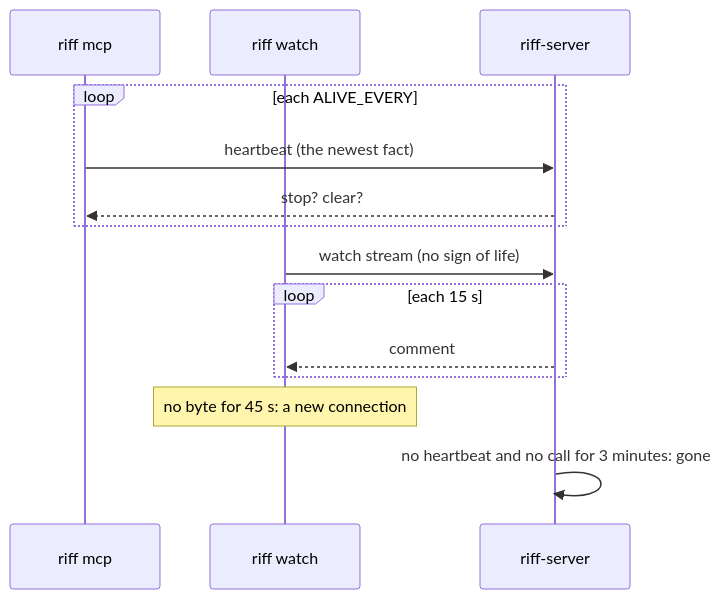
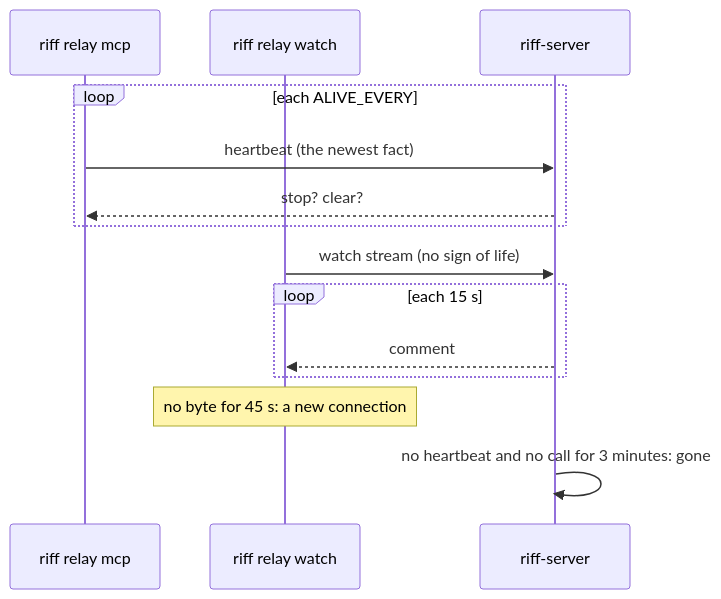
One commit to como-technologies/riff changed the fourth of 6 diagrams in docs/src/design-link.md. Above: the diagram before and after it, drawn with Mermaid. The commit also changed other lines of this file and 94 other files, not shown here.

````diff
--- a/docs/src/design-link.md
+++ b/docs/src/design-link.md
@@ -302,16 +300,16 @@
 ```mermaid
 sequenceDiagram
-    participant M as riff mcp
-    participant W as riff watch
+    participant M as riff relay mcp
+    participant W as riff relay watch
     participant S as riff-server
     loop each ALIVE_EVERY
         M->>S: heartbeat (the newest fact)
         S-->>M: stop? clear?
     end
     W->>S: watch stream (no sign of life)
     loop each 15 s
         S-->>W: comment
     end
     Note over W: no byte for 45 s: a new connection
     S->>S: no heartbeat and no call for 3 minutes: gone
 ```
````
